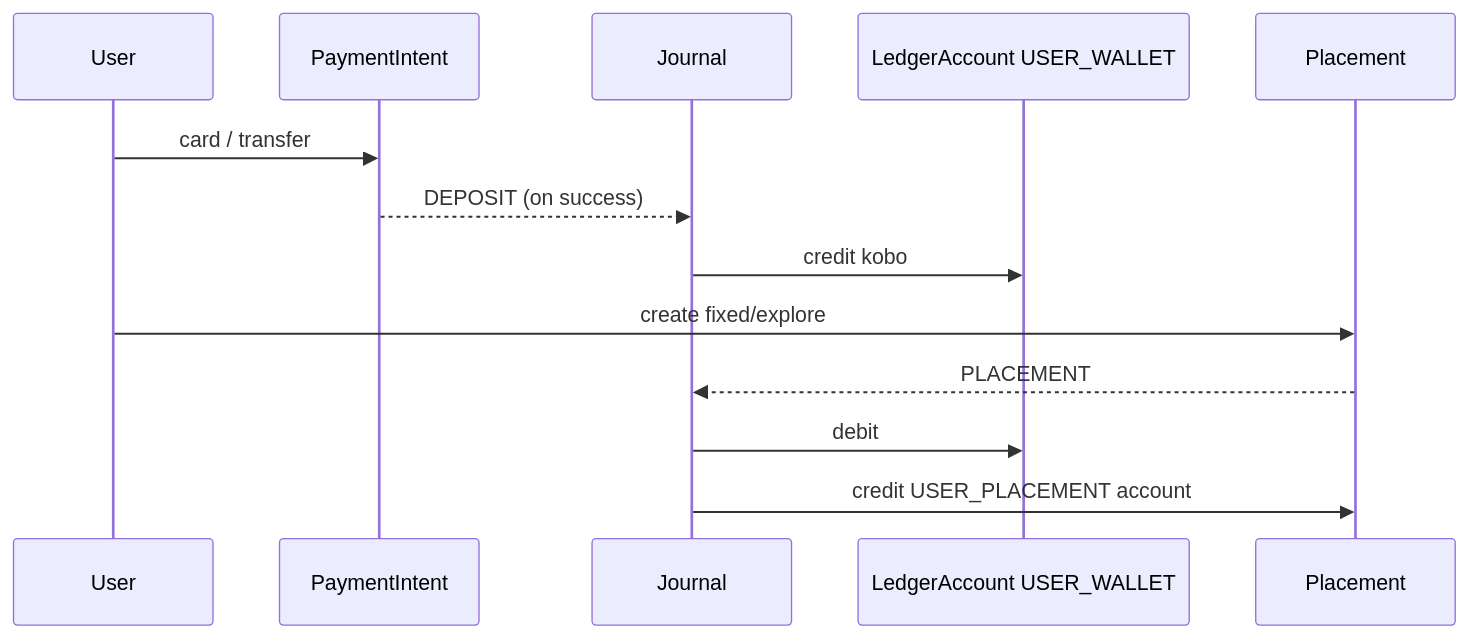
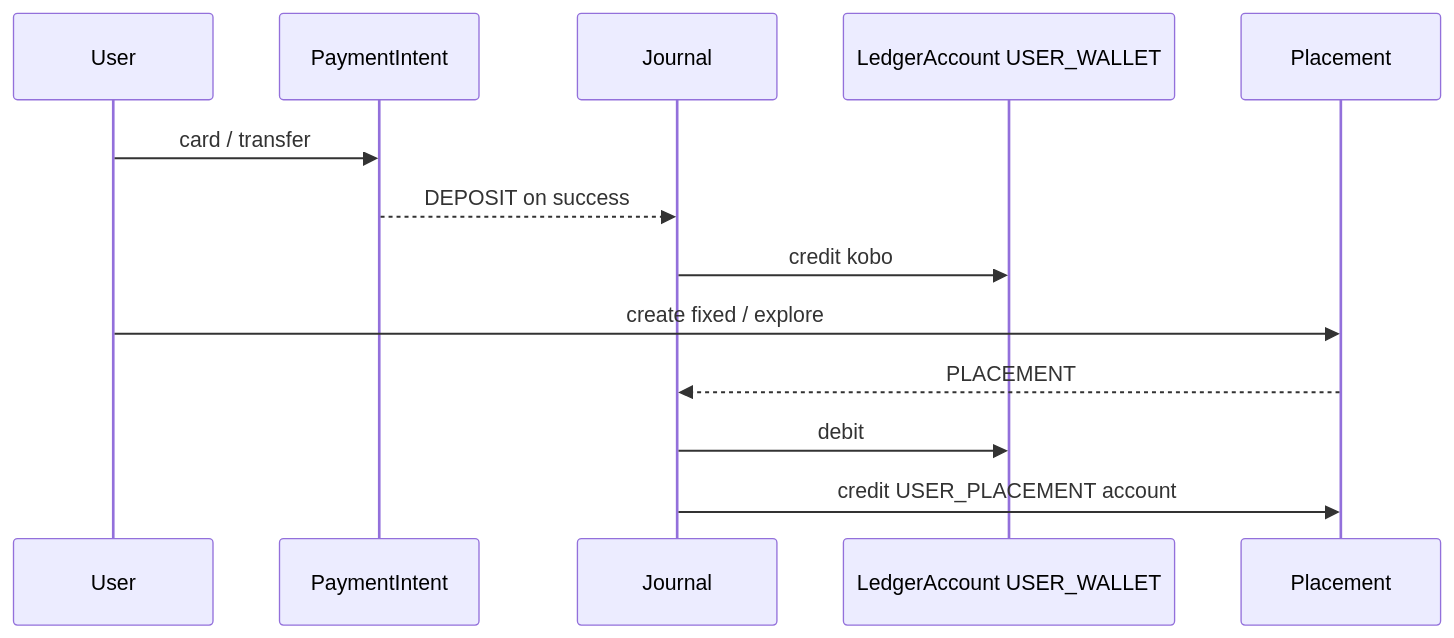
Before and after one commit to hafizsameer11/kipit-backend: the eighth of 8 diagrams in docs/DATABASE.md, drawn with Mermaid. The commit also changed other lines of this file, not shown here.

Commit message:
Expand database docs with FK map, cardinality, and per-table schema.

````diff
--- a/docs/DATABASE.md
+++ b/docs/DATABASE.md
@@ -416,16 +382,16 @@
 ```mermaid
 sequenceDiagram
   participant User
   participant PaymentIntent
   participant Journal
   participant Wallet as LedgerAccount USER_WALLET
   participant Placement
 
   User->>PaymentIntent: card / transfer
-  PaymentIntent-->>Journal: DEPOSIT (on success)
+  PaymentIntent-->>Journal: DEPOSIT on success
   Journal->>Wallet: credit kobo
-  User->>Placement: create fixed/explore
+  User->>Placement: create fixed / explore
   Placement-->>Journal: PLACEMENT
   Journal->>Wallet: debit
   Journal->>Placement: credit USER_PLACEMENT account
 ```
````
